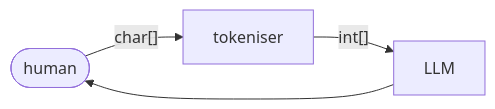
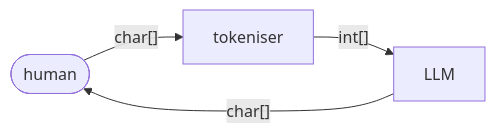
The first of 3 diagrams in AI/LLMs/tokenisation.md (conmaol/maglocunus), drawn with Mermaid before and after one commit. The commit also changed other lines of this file, not shown here.

````diff
--- a/AI/LLMs/tokenisation.md
+++ b/AI/LLMs/tokenisation.md
@@ -5,9 +5,9 @@
 ```mermaid
 graph LR
     human([human])
     tokeniser[tokeniser]
     llm[LLM]
     human -- char[] --> tokeniser
     tokeniser -- int[] --> llm
-    llm --> human
+    llm -- char[] --> human
 ```
````
